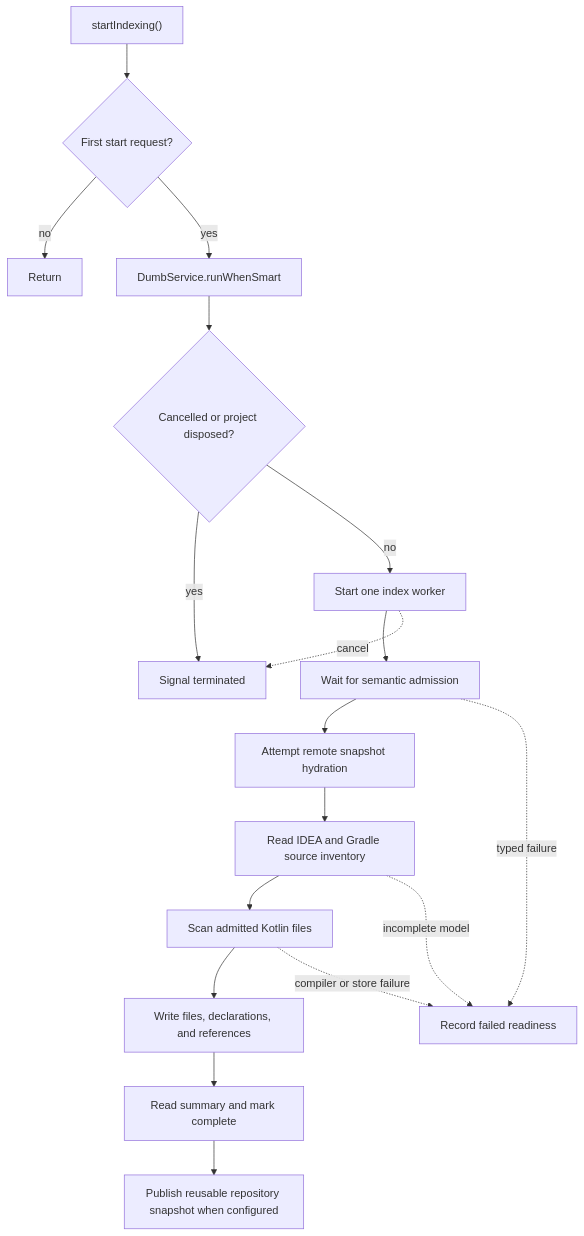
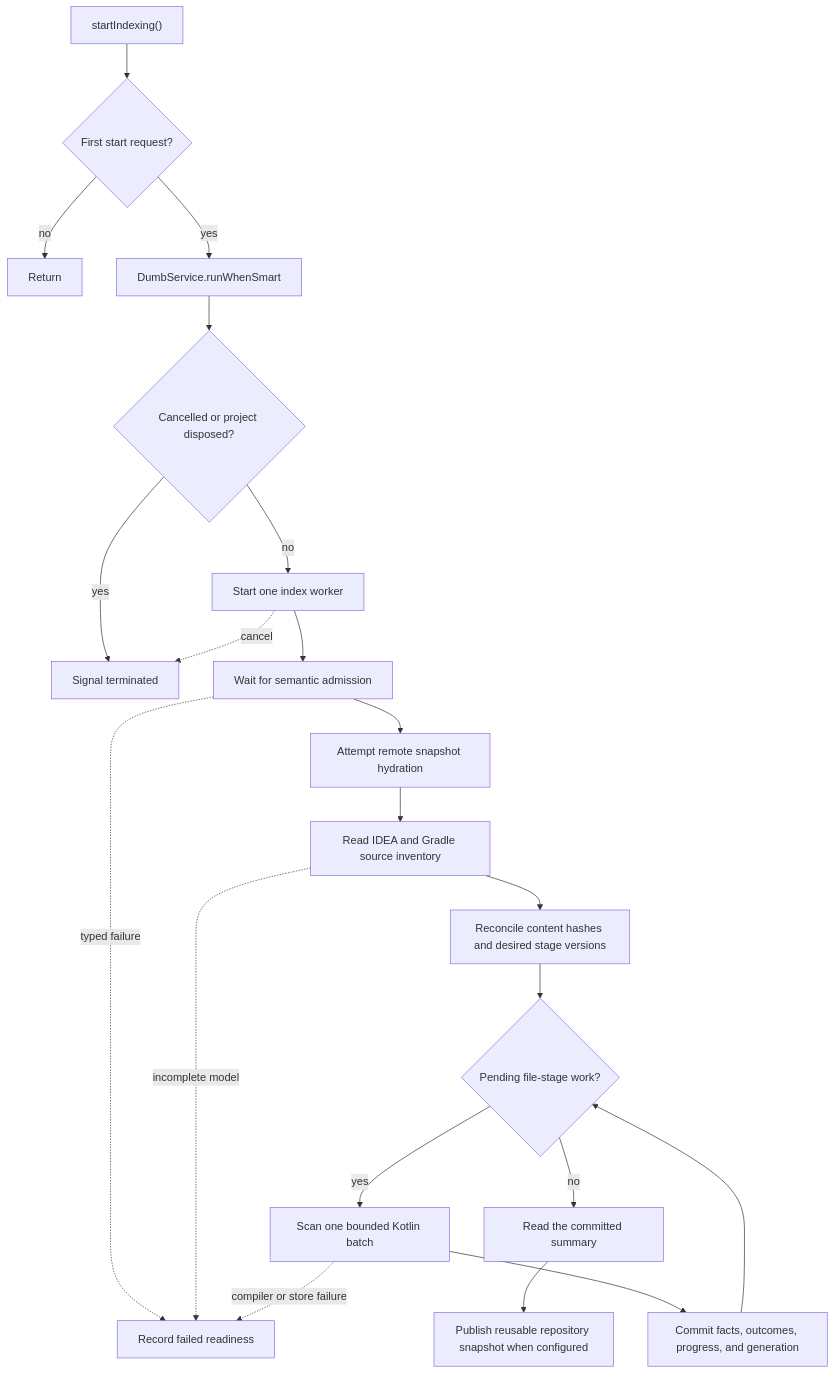
The first of 2 diagrams in docs/internal/idea-integration/flows/indexing-and-generation.md (amichne/kast), drawn with Mermaid before and after one commit. The commit also changed other lines of this file, not shown here.

````diff
--- a/docs/internal/idea-integration/flows/indexing-and-generation.md
+++ b/docs/internal/idea-integration/flows/indexing-and-generation.md
@@ -21,21 +34,24 @@
 ```mermaid
 flowchart TD
     request["startIndexing()"] --> once{"First start request?"}
     once -- "no" --> return["Return"]
     once -- "yes" --> smart["DumbService.runWhenSmart"]
     smart --> cancelled{"Cancelled or project disposed?"}
     cancelled -- "yes" --> terminated["Signal terminated"]
     cancelled -- "no" --> worker["Start one index worker"]
     worker --> admission["Wait for semantic admission"]
     admission --> hydrate["Attempt remote snapshot hydration"]
     hydrate --> inventory["Read IDEA and Gradle source inventory"]
-    inventory --> scan["Scan admitted Kotlin files"]
-    scan --> persist["Write files, declarations, and references"]
-    persist --> summary["Read summary and mark complete"]
+    inventory --> reconcile["Reconcile content hashes and desired stage versions"]
+    reconcile --> pending{"Pending file-stage work?"}
+    pending -- "yes" --> scan["Scan one bounded Kotlin batch"]
+    scan --> persist["Commit facts, outcomes, progress, and generation"]
+    persist --> pending
+    pending -- "no" --> summary["Read the committed summary"]
     summary --> publish["Publish reusable repository snapshot when configured"]
 
     admission -. "typed failure" .-> failed["Record failed readiness"]
     inventory -. "incomplete model" .-> failed
     scan -. "compiler or store failure" .-> failed
     worker -. "cancel" .-> terminated
 ```
````
